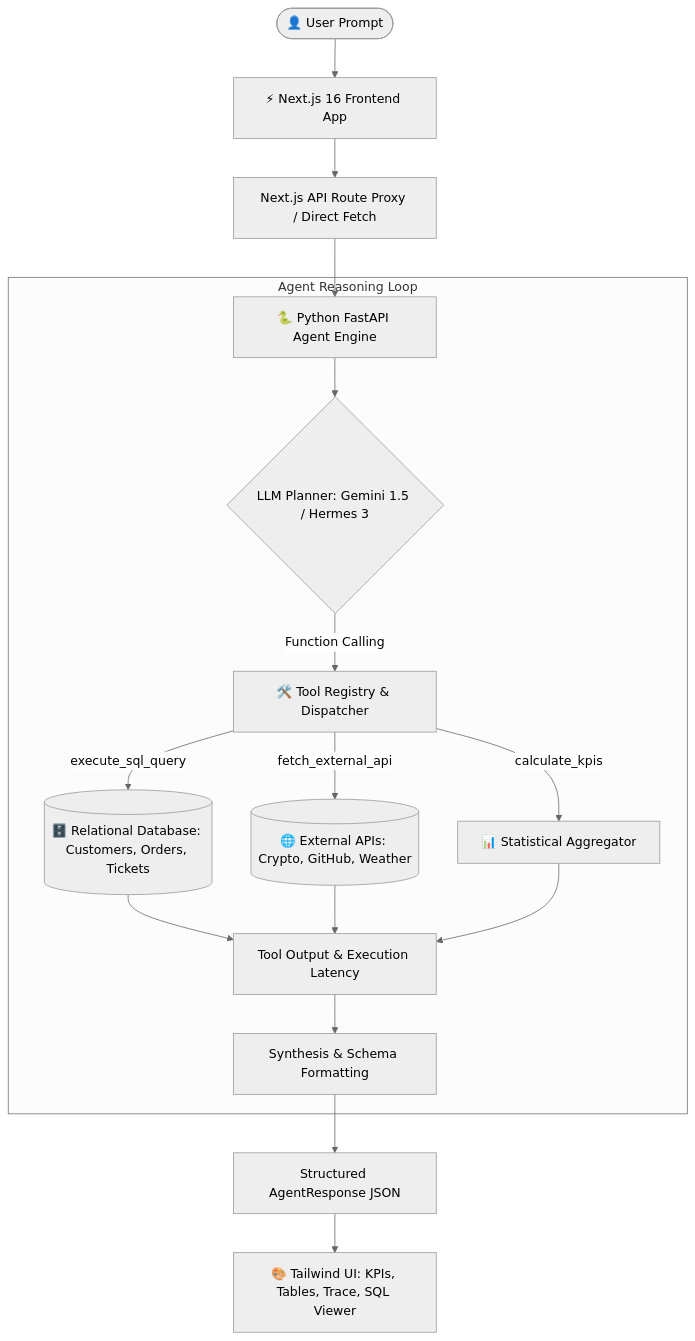
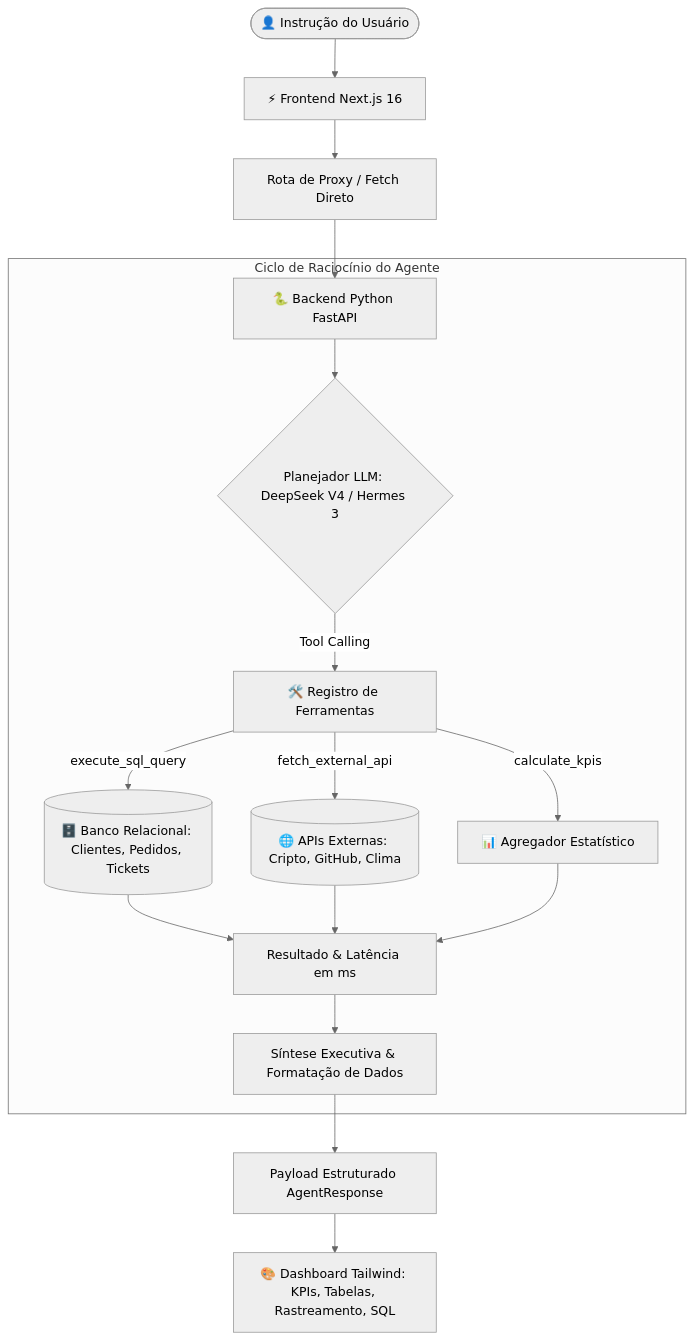
One commit to vestek70/ai-agent-fullstack-hub changed the diagram in README.md. Above: the diagram before and after it, drawn with Mermaid (neutral theme). The commit also changed other lines of this file and 10 other files, not shown here.

Commit message:
feat: switch strictly to Portuguese and integrate DeepSeek V4 engine with new 10s demo GIF

````diff
--- a/README.md
+++ b/README.md
@@ -48,24 +48,24 @@
 ```mermaid
 flowchart TD
-    User([👤 User Prompt]) --> NextApp[⚡ Next.js 16 Frontend App]
-    NextApp --> APIRoute[Next.js API Route Proxy / Direct Fetch]
-    APIRoute --> FastAPIEngine[🐍 Python FastAPI Agent Engine]
+    User([👤 Instrução do Usuário]) --> NextApp[⚡ Frontend Next.js 16]
+    NextApp --> APIRoute[Rota de Proxy / Fetch Direto]
+    APIRoute --> FastAPIEngine[🐍 Backend Python FastAPI]
     
-    subgraph "Agent Reasoning Loop"
-        FastAPIEngine --> Planner{LLM Planner: Gemini 1.5 / Hermes 3}
-        Planner -->|Function Calling| ToolRegistry[🛠️ Tool Registry & Dispatcher]
+    subgraph "Ciclo de Raciocínio do Agente"
+        FastAPIEngine --> Planner{Planejador LLM: DeepSeek V4 / Hermes 3}
+        Planner -->|Tool Calling| ToolRegistry[🛠️ Registro de Ferramentas]
         
-        ToolRegistry -->|execute_sql_query| DB[(🗄️ Relational Database: Customers, Orders, Tickets)]
-        ToolRegistry -->|fetch_external_api| WebAPIs[(🌐 External APIs: Crypto, GitHub, Weather)]
-        ToolRegistry -->|calculate_kpis| KPIEngine[📊 Statistical Aggregator]
+        ToolRegistry -->|execute_sql_query| DB[(🗄️ Banco Relacional: Clientes, Pedidos, Tickets)]
+        ToolRegistry -->|fetch_external_api| WebAPIs[(🌐 APIs Externas: Cripto, GitHub, Clima)]
+        ToolRegistry -->|calculate_kpis| KPIEngine[📊 Agregador Estatístico]
         
-        DB --> ToolResult[Tool Output & Execution Latency]
+        DB --> ToolResult[Resultado & Latência em ms]
         WebAPIs --> ToolResult
         KPIEngine --> ToolResult
         
-        ToolResult --> Synthesizer[Synthesis & Schema Formatting]
+        ToolResult --> Synthesizer[Síntese Executiva & Formatação de Dados]
     end
     
-    Synthesizer --> JSONResponse[Structured AgentResponse JSON]
-    JSONResponse --> Dashboard[🎨 Tailwind UI: KPIs, Tables, Trace, SQL Viewer]
+    Synthesizer --> JSONResponse[Payload Estruturado AgentResponse]
+    JSONResponse --> Dashboard[🎨 Dashboard Tailwind: KPIs, Tabelas, Rastreamento, SQL]
 ```
````
